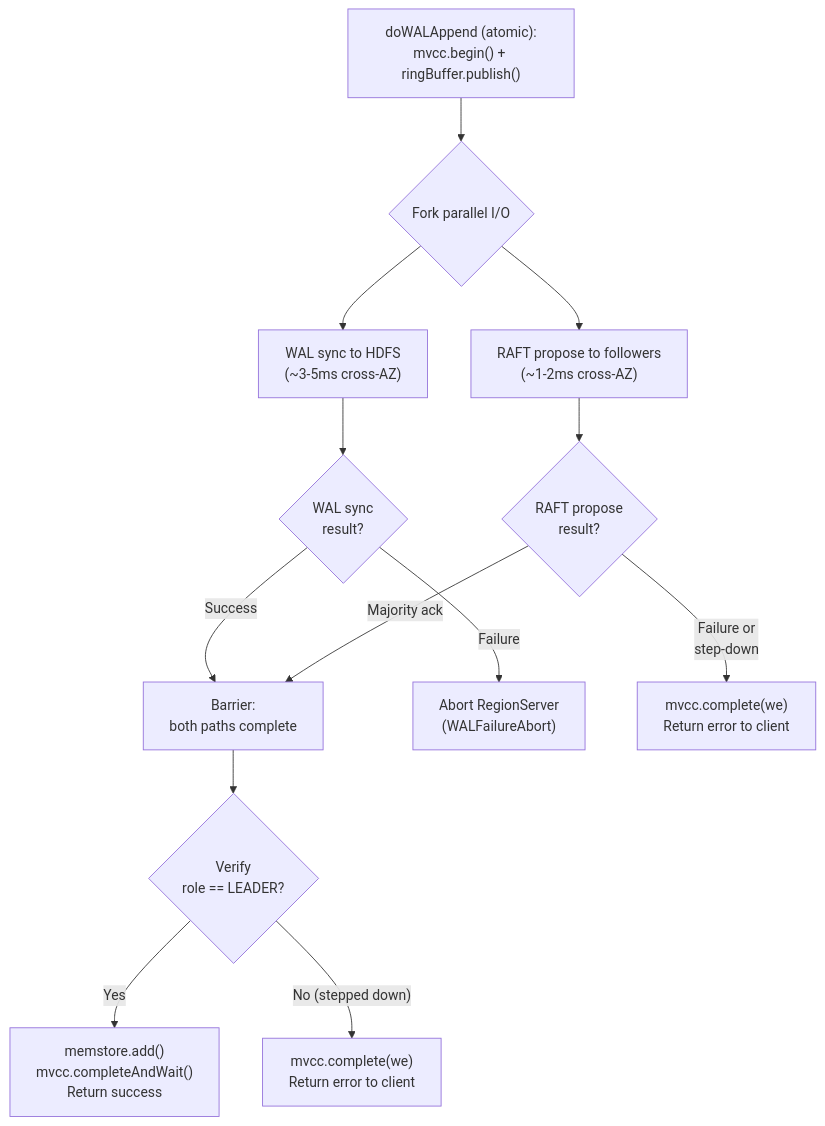
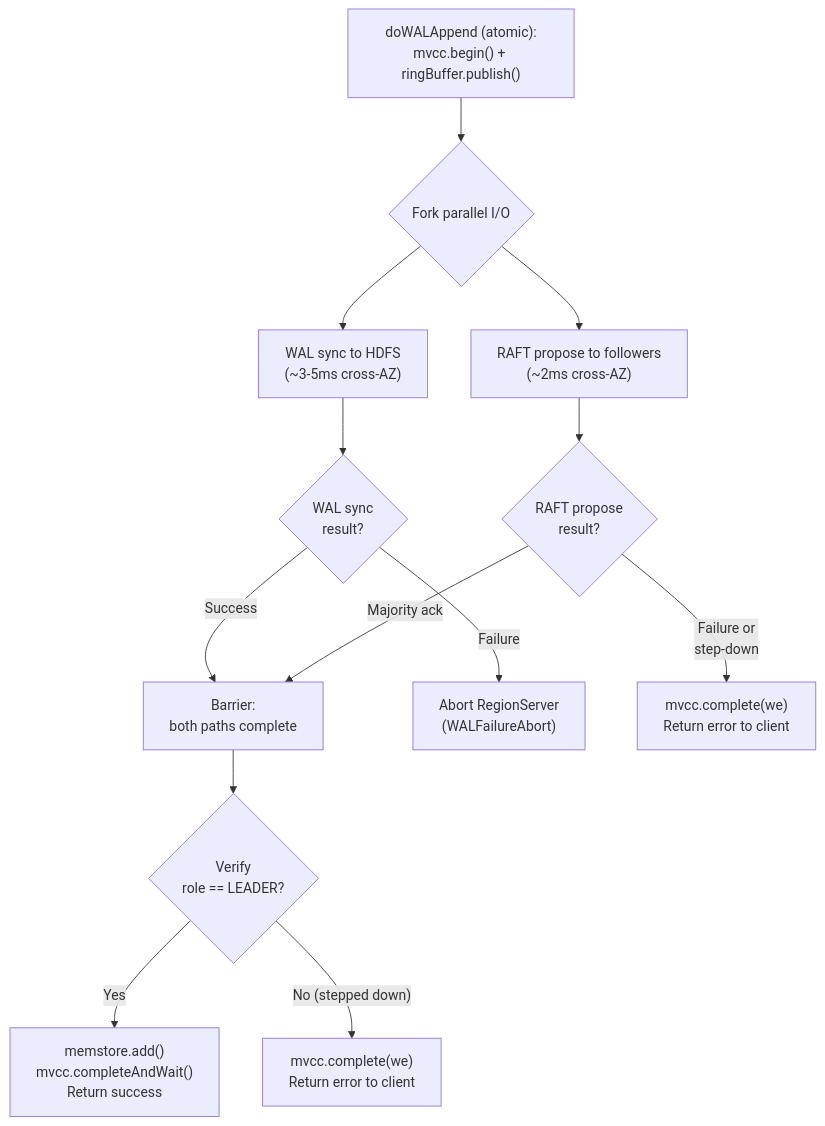
The sixth of 16 diagrams in RAFT_REGION_REPLICAS.md (apurtell/hbase), drawn with Mermaid before and after one commit. The commit also changed other lines of this file and 6 other files, not shown here.

````diff
--- a/RAFT_REGION_REPLICAS.md
+++ b/RAFT_REGION_REPLICAS.md
@@ -532,22 +518,22 @@
 ```mermaid
 flowchart TD
     Entry["doWALAppend (atomic):<br/>mvcc.begin() + ringBuffer.publish()"]
 
     Entry --> Fork{"Fork parallel I/O"}
 
     Fork --> WAL["WAL sync to HDFS<br/>(~3-5ms cross-AZ)"]
-    Fork --> RAFT["RAFT propose to followers<br/>(~1-2ms cross-AZ)"]
+    Fork --> RAFT["RAFT propose to followers<br/>(~2ms cross-AZ)"]
 
     WAL --> WALResult{"WAL sync<br/>result?"}
     RAFT --> RAFTResult{"RAFT propose<br/>result?"}
 
     WALResult -->|"Success"| Barrier["Barrier:<br/>both paths complete"]
     WALResult -->|"Failure"| Abort["Abort RegionServer<br/>(WALFailureAbort)"]
 
     RAFTResult -->|"Majority ack"| Barrier
     RAFTResult -->|"Failure or<br/>step-down"| SkipErr["mvcc.complete(we)<br/>Return error to client"]
 
     Barrier --> RoleCheck{"Verify<br/>role == LEADER?"}
     RoleCheck -->|"Yes"| Apply["memstore.add()<br/>mvcc.completeAndWait()<br/>Return success"]
     RoleCheck -->|"No (stepped down)"| Cleanup["mvcc.complete(we)<br/>Return error to client"]
 ```
````
